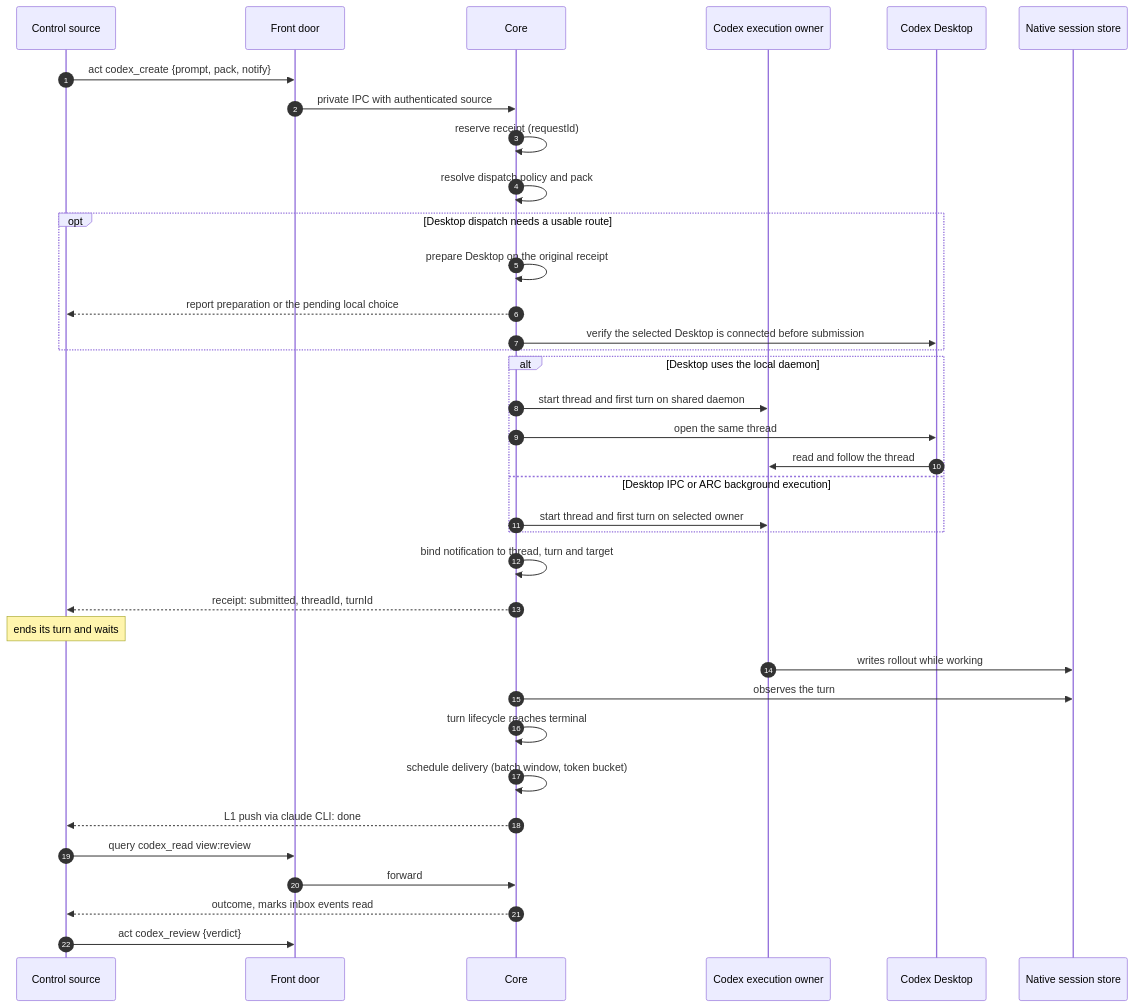
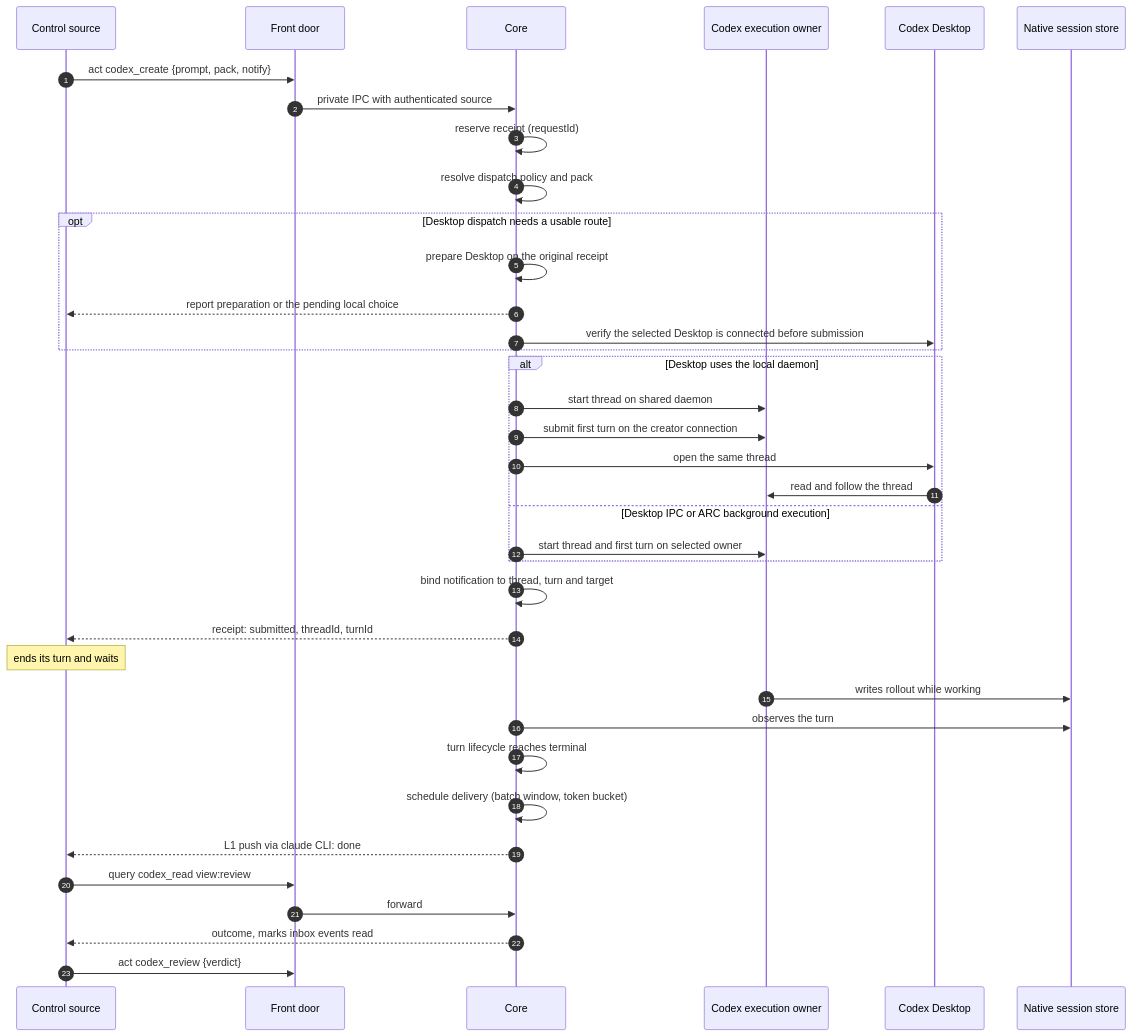
Before and after one commit to whzxc/agent-remote-control: the diagram in arch/mechanisms/main-loop.mmd, drawn with Mermaid. The commit also changed 4 other files, not shown here.

Commit message:
fix(codex): submit fresh turns on the creator connection

```diff
--- a/arch/mechanisms/main-loop.mmd
+++ b/arch/mechanisms/main-loop.mmd
@@ -1,38 +1,39 @@
 %% Main loop (layer 2): one Codex dispatch from submission through push to review.
 %% Index and code mapping: docs/dev/arch-assets.md
 sequenceDiagram
   autonumber
   participant S as Control source
   participant F as Front door
   participant C as Core
   participant X as Codex execution owner
   participant D as Codex Desktop
   participant N as Native session store
   S->>F: act codex_create {prompt, pack, notify}
   F->>C: private IPC with authenticated source
   C->>C: reserve receipt (requestId)
   C->>C: resolve dispatch policy and pack
   opt Desktop dispatch needs a usable route
     C->>C: prepare Desktop on the original receipt
     C-->>S: report preparation or the pending local choice
     C->>D: verify the selected Desktop is connected before submission
   end
   alt Desktop uses the local daemon
-    C->>X: start thread and first turn on shared daemon
+    C->>X: start thread on shared daemon
+    C->>X: submit first turn on the creator connection
     C->>D: open the same thread
     D->>X: read and follow the thread
   else Desktop IPC or ARC background execution
     C->>X: start thread and first turn on selected owner
   end
   C->>C: bind notification to thread, turn and target
   C-->>S: receipt: submitted, threadId, turnId
   Note over S: ends its turn and waits
   X->>N: writes rollout while working
   C->>N: observes the turn
   C->>C: turn lifecycle reaches terminal
   C->>C: schedule delivery (batch window, token bucket)
   C-->>S: L1 push via claude CLI: done
   S->>F: query codex_read view:review
   F->>C: forward
   C-->>S: outcome, marks inbox events read
   S->>F: act codex_review {verdict}
```
